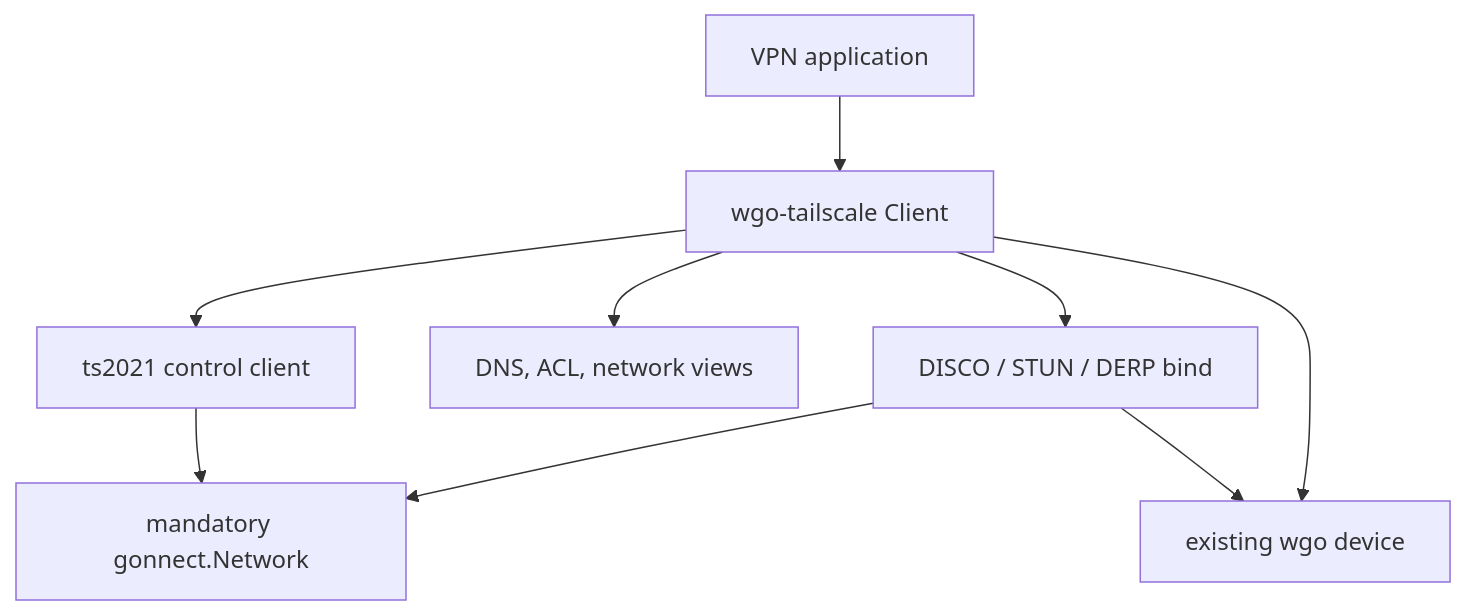
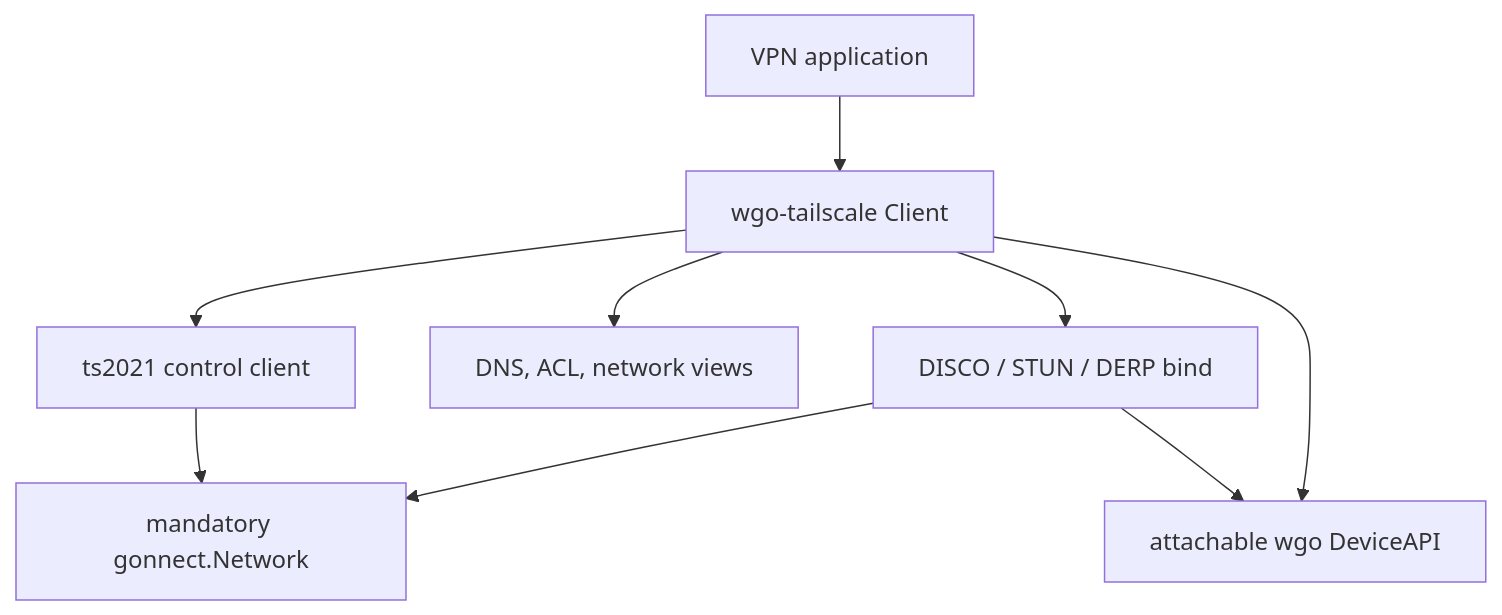
The first of 2 diagrams in ARCHITECTURE.md (asciimoth/wgo-tailscale), drawn with Mermaid before and after one commit. The commit also changed other lines of this file and 11 other files, not shown here.

Commit message:
feat: switch from direct Device usage to abstract wgo api interface

````diff
--- a/ARCHITECTURE.md
+++ b/ARCHITECTURE.md
@@ -35,11 +37,11 @@
 ```mermaid
 flowchart TD
     App["VPN application"] --> Client["wgo-tailscale Client"]
     Client --> Control["ts2021 control client"]
     Client --> Views["DNS, ACL, network views"]
     Client --> Bind["DISCO / STUN / DERP bind"]
-    Client --> WGO["existing wgo device"]
+    Client --> WGO["attachable wgo DeviceAPI"]
     Control --> Network["mandatory gonnect.Network"]
     Bind --> Network
     Bind --> WGO
 ```
````
